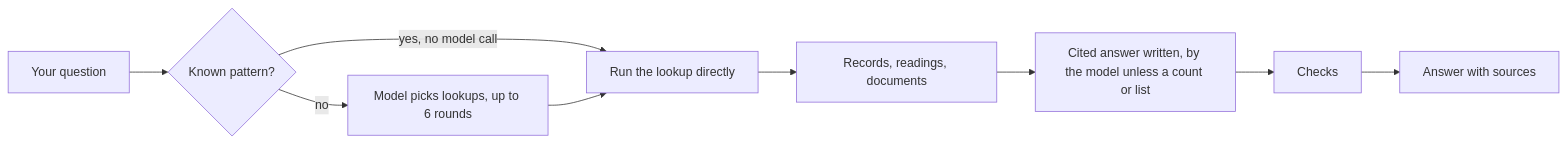
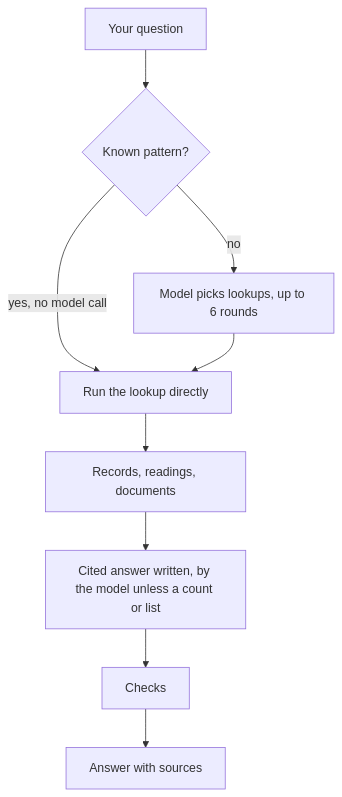
One commit to nimbit-platform/nimbit-docs changed the diagram in docs/knowledge/ask-nimble-answers.mdx. Above: the diagram before and after it, drawn with Mermaid. The commit also changed 33 other files, not shown here.

````diff
--- a/docs/knowledge/ask-nimble-answers.mdx
+++ b/docs/knowledge/ask-nimble-answers.mdx
@@ -12,11 +12,11 @@
 ```mermaid
-flowchart LR
+flowchart TB
   Q[Your question] --> P{Known pattern?}
   P -->|yes, no model call| T[Run the lookup directly]
   P -->|no| L[Model picks lookups, up to 6 rounds]
   L --> T
   T --> R[Records, readings, documents]
   R --> W[Cited answer written, by the model unless a count or list]
   W --> C[Checks]
   C --> A[Answer with sources]
 ```
````
